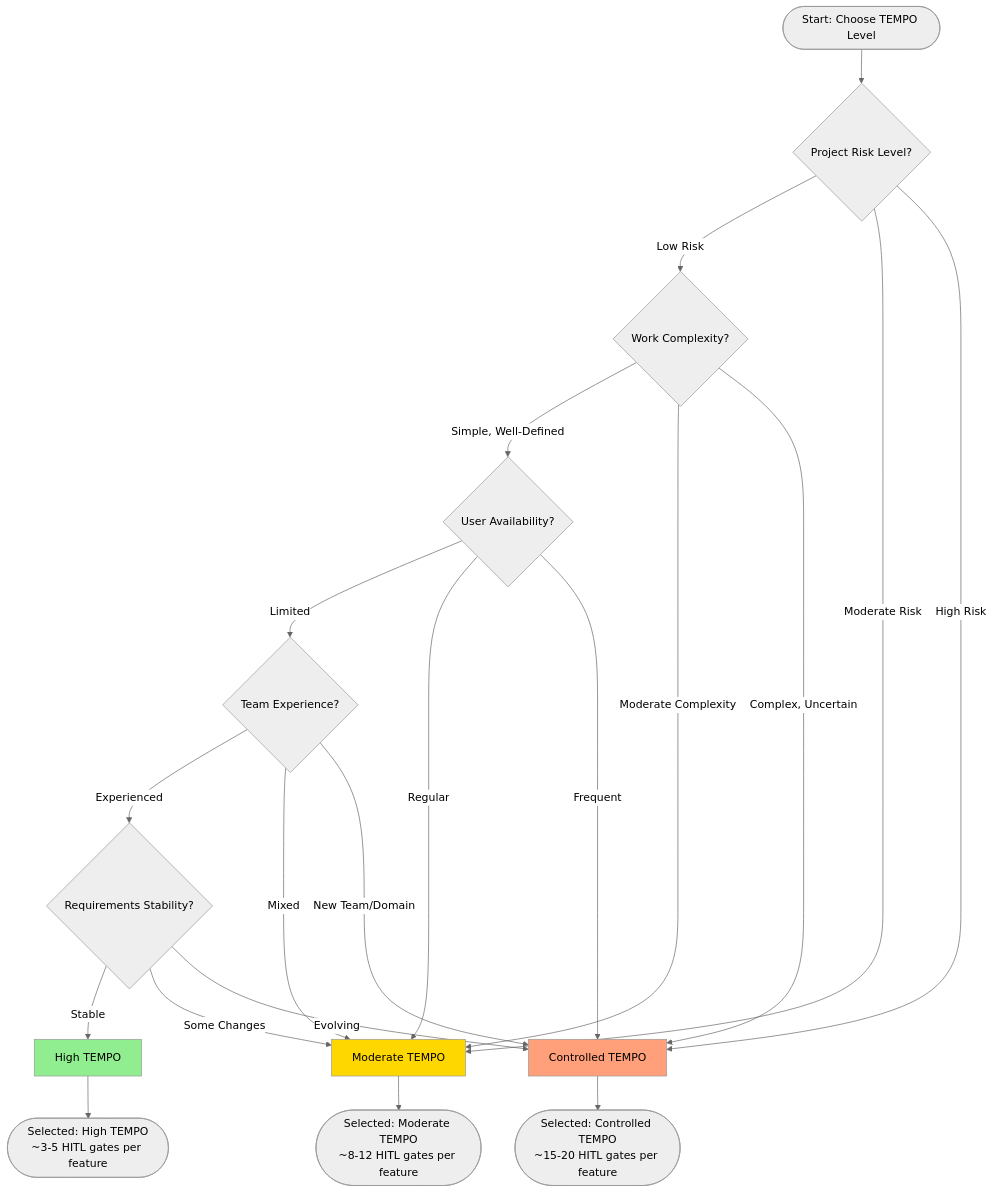
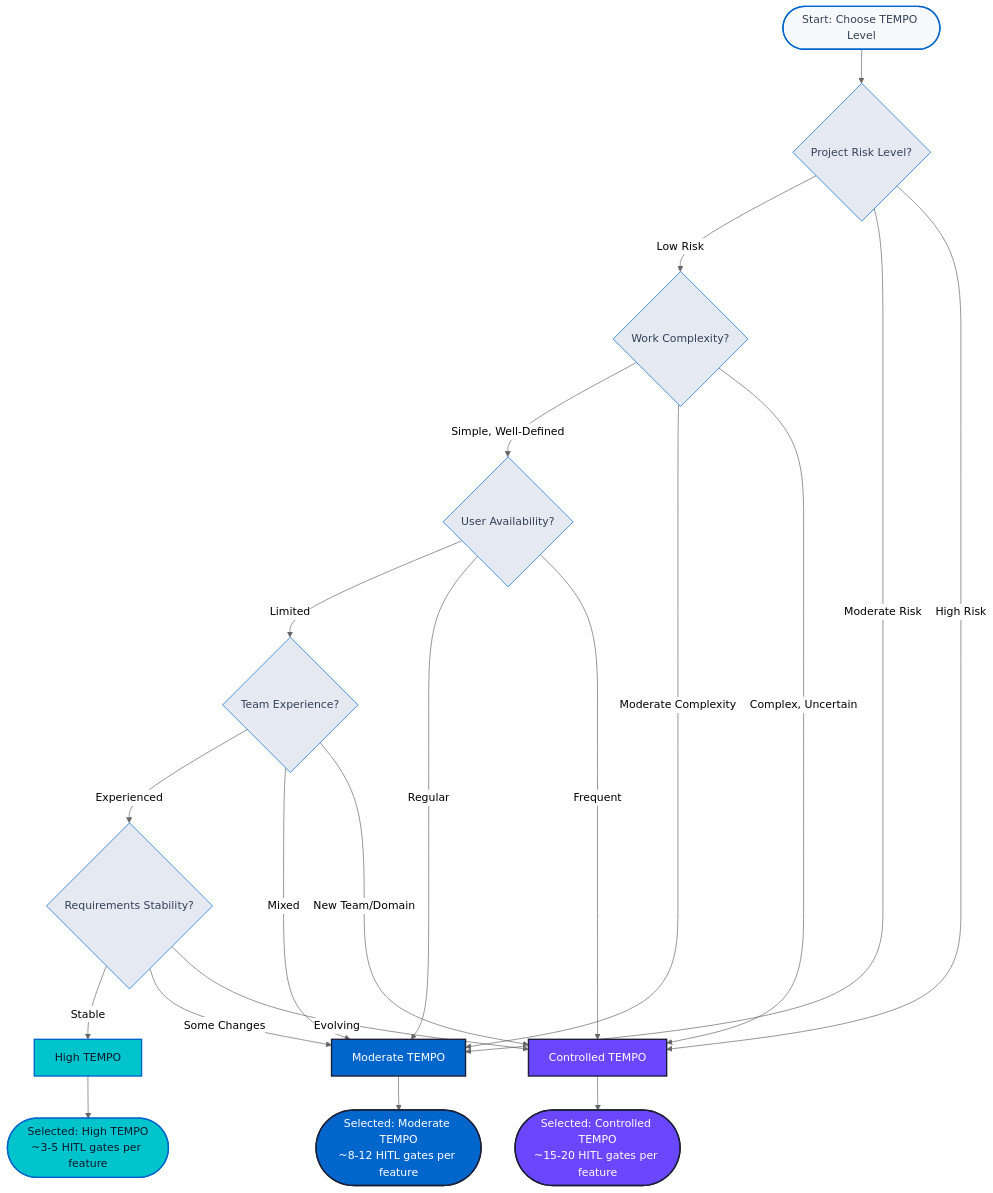
One commit to Conductus-Labs/RHYTHM-Method changed the first of 2 diagrams in docs/15-quick-reference.md. Above: the diagram before and after it, drawn with Mermaid (neutral theme). The commit also changed other lines of this file and 4 other files, not shown here.

First line of the commit message:
Fix Mermaid diagrams: add challenge loop and update to Conductus branding colors

````diff
--- a/docs/15-quick-reference.md
+++ b/docs/15-quick-reference.md
@@ -88,32 +98,41 @@
 ```mermaid
 flowchart TD
     Start([Start: Choose TEMPO Level]) --> Q1{Project Risk Level?}
-    
+
     Q1 -->|Low Risk| Q2{Work Complexity?}
     Q1 -->|Moderate Risk| Moderate[Moderate TEMPO]
     Q1 -->|High Risk| Controlled[Controlled TEMPO]
-    
+
     Q2 -->|Simple, Well-Defined| Q3{User Availability?}
     Q2 -->|Moderate Complexity| Moderate
     Q2 -->|Complex, Uncertain| Controlled
-    
+
     Q3 -->|Limited| Q4{Team Experience?}
     Q3 -->|Regular| Moderate
     Q3 -->|Frequent| Controlled
-    
+
     Q4 -->|Experienced| Q5{Requirements Stability?}
     Q4 -->|Mixed| Moderate
     Q4 -->|New Team/Domain| Controlled
-    
+
     Q5 -->|Stable| High[High TEMPO]
     Q5 -->|Some Changes| Moderate
     Q5 -->|Evolving| Controlled
-    
+
     High --> End([Selected: High TEMPO<br/>~3-5 HITL gates per feature])
     Moderate --> End2([Selected: Moderate TEMPO<br/>~8-12 HITL gates per feature])
     Controlled --> End3([Selected: Controlled TEMPO<br/>~15-20 HITL gates per feature])
-    
-    style High fill:#90EE90
-    style Moderate fill:#FFD700
-    style Controlled fill:#FFA07A
+
+    style High fill:#00C4CC,stroke:#0066CC,stroke-width:2px,color:#0F172A
+    style Moderate fill:#0066CC,stroke:#1A1F36,stroke-width:2px,color:#FFFFFF
+    style Controlled fill:#6B46FF,stroke:#1A1F36,stroke-width:2px,color:#FFFFFF
+    style Start fill:#F7F9FC,stroke:#0066CC,stroke-width:2px,color:#334155
+    style End fill:#00C4CC,stroke:#0066CC,stroke-width:2px,color:#0F172A
+    style End2 fill:#0066CC,stroke:#1A1F36,stroke-width:2px,color:#FFFFFF
+    style End3 fill:#6B46FF,stroke:#1A1F36,stroke-width:2px,color:#FFFFFF
+    style Q1 fill:#E5E9F2,stroke:#0066CC,stroke-width:1px,color:#334155
+    style Q2 fill:#E5E9F2,stroke:#0066CC,stroke-width:1px,color:#334155
+    style Q3 fill:#E5E9F2,stroke:#0066CC,stroke-width:1px,color:#334155
+    style Q4 fill:#E5E9F2,stroke:#0066CC,stroke-width:1px,color:#334155
+    style Q5 fill:#E5E9F2,stroke:#0066CC,stroke-width:1px,color:#334155
 ```
````
